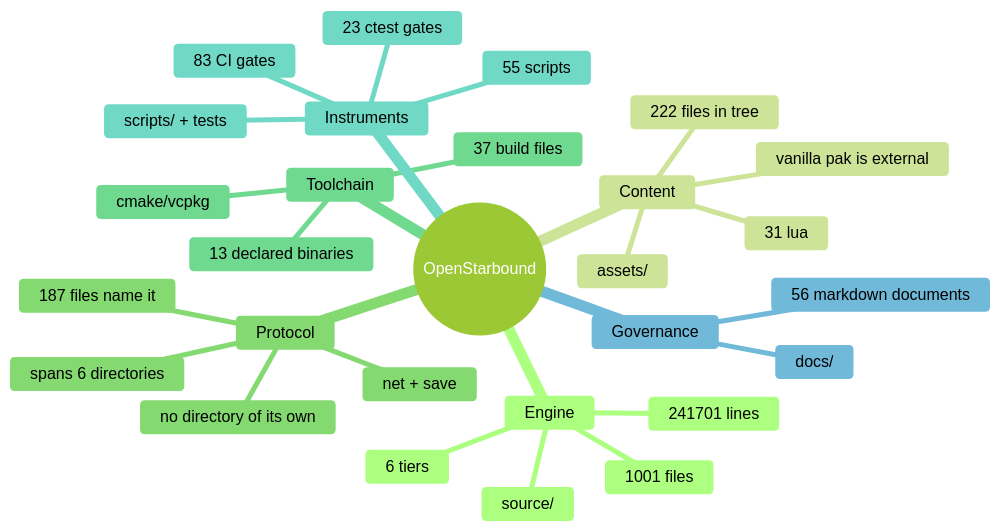
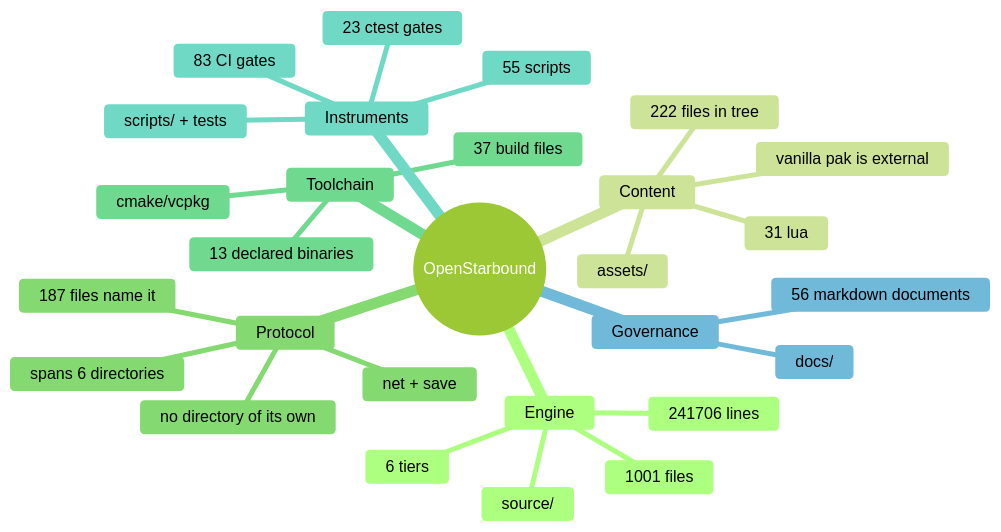
One commit to apnex/OpenStarbound changed the second of 11 diagrams in docs/architecture/system-boundaries.md. Above: the diagram before and after it, drawn with Mermaid (forest theme). The commit also changed other lines of this file and 1 other file, not shown here.

````diff
--- a/docs/architecture/system-boundaries.md
+++ b/docs/architecture/system-boundaries.md
@@ -166,31 +166,31 @@
 ```mermaid
 mindmap
   root((OpenStarbound))
     Engine
       source/
       1001 files
-      241701 lines
+      241706 lines
       6 tiers
     Content
       assets/
       222 files in tree
       31 lua
       vanilla pak is external
     Protocol
       net + save
       187 files name it
       spans 6 directories
       no directory of its own
     Toolchain
       cmake/vcpkg
       37 build files
       13 declared binaries
     Instruments
       scripts/ + tests
       55 scripts
       23 ctest gates
       83 CI gates
     Governance
       docs/
       56 markdown documents
 ```
````
